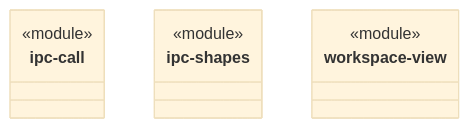
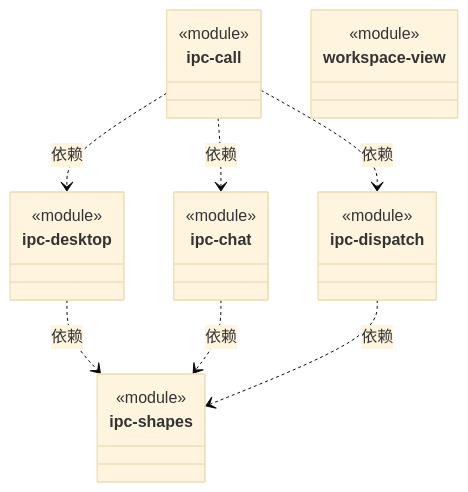
The diagram in src/bridge/contracts/ARCHITECTURE.md (nan023062/cbim), drawn with Mermaid (base theme) before and after one commit. The commit also changed other lines of this file and 136 other files, not shown here.

````diff
--- a/src/bridge/contracts/ARCHITECTURE.md
+++ b/src/bridge/contracts/ARCHITECTURE.md
@@ -21,15 +26,33 @@
 ```mermaid
 classDiagram
 class N_b7b69110b086["ipc-call"] {
   <<module>>
 }
 click N_b7b69110b086 href "ipc-call.ts"
+class N_c2bdb34dc235["ipc-desktop"] {
+  <<module>>
+}
+click N_c2bdb34dc235 href "ipc-desktop.ts"
+class N_684e7f44167c["ipc-chat"] {
+  <<module>>
+}
+click N_684e7f44167c href "ipc-chat.ts"
+class N_69ed3ebd5554["ipc-dispatch"] {
+  <<module>>
+}
+click N_69ed3ebd5554 href "ipc-dispatch.ts"
 class N_06774971728b["ipc-shapes"] {
   <<module>>
 }
 click N_06774971728b href "ipc-shapes.ts"
 class N_f3368d5d72b9["workspace-view"] {
   <<module>>
 }
 click N_f3368d5d72b9 href "workspace-view.ts"
+N_b7b69110b086 ..> N_c2bdb34dc235 : 依赖
+N_b7b69110b086 ..> N_684e7f44167c : 依赖
+N_b7b69110b086 ..> N_69ed3ebd5554 : 依赖
+N_c2bdb34dc235 ..> N_06774971728b : 依赖
+N_684e7f44167c ..> N_06774971728b : 依赖
+N_69ed3ebd5554 ..> N_06774971728b : 依赖
 ```
````
